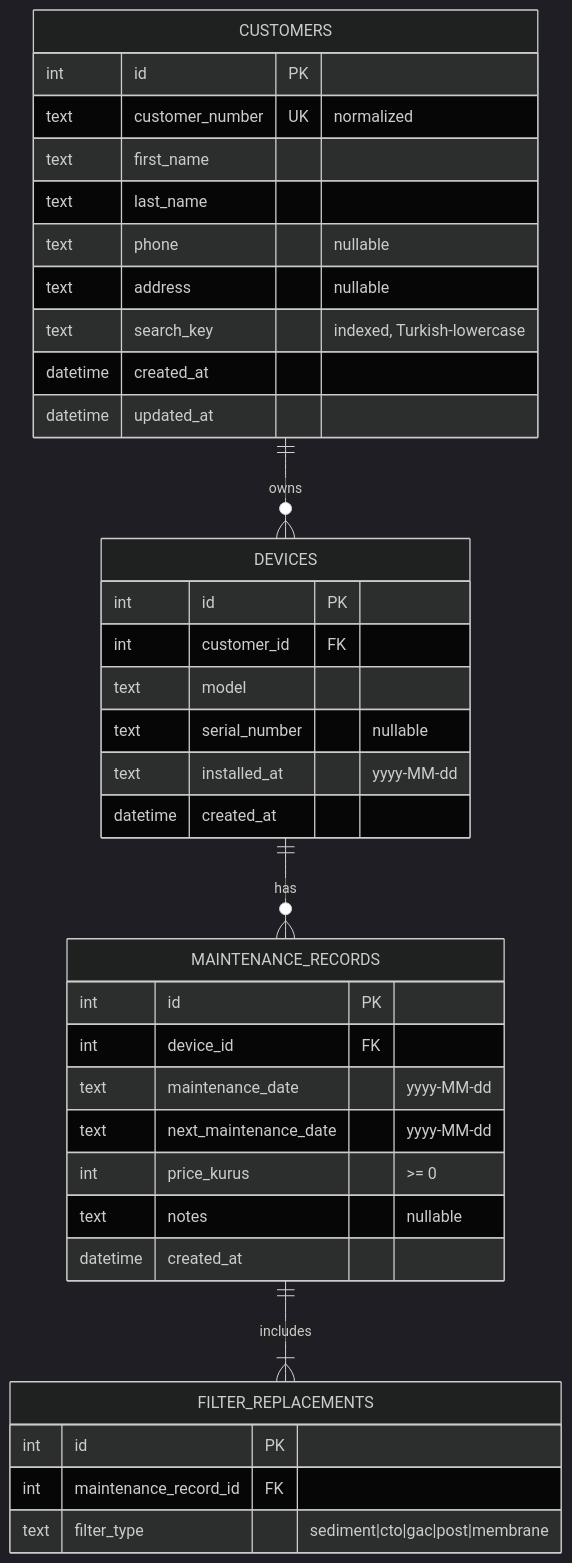
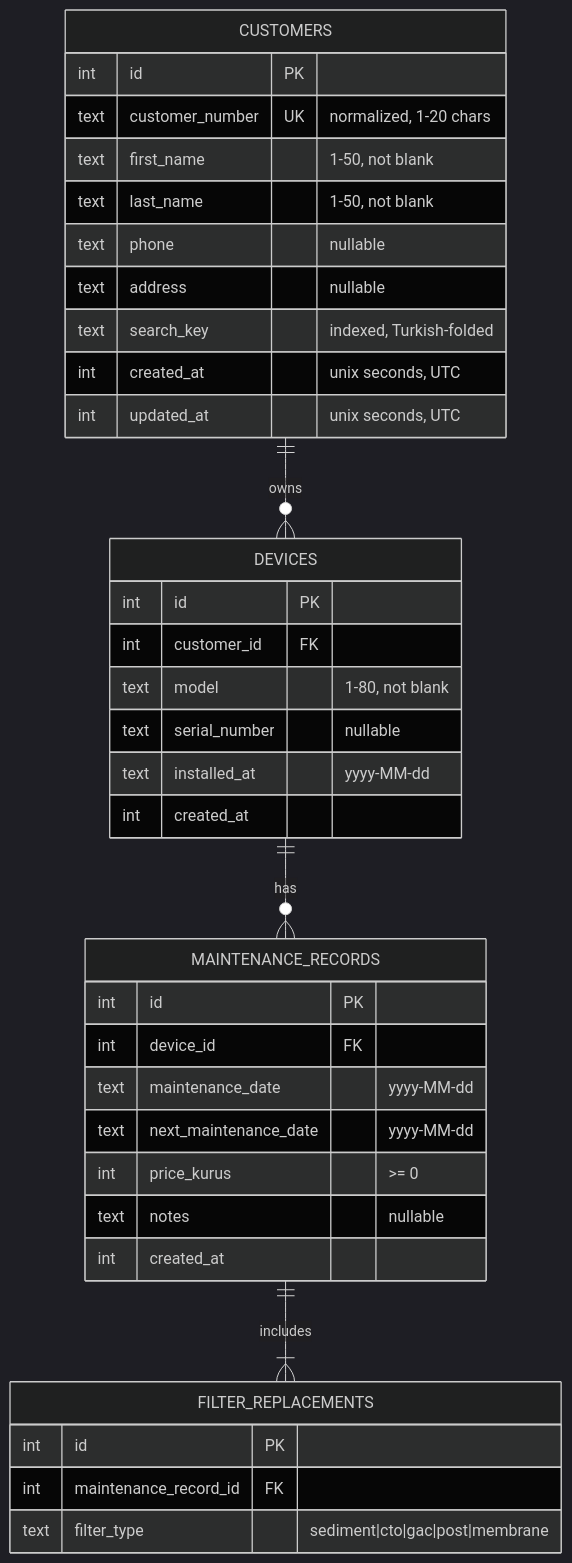
One commit to MazlumErk/field-service-tracker changed the diagram in docs/DATABASE.md. Above: the diagram before and after it, drawn with Mermaid (dark theme). The commit also changed other lines of this file and 68 other files, not shown here.

````diff
--- a/docs/DATABASE.md
+++ b/docs/DATABASE.md
@@ -8,40 +11,40 @@
 ```mermaid
 erDiagram
     CUSTOMERS ||--o{ DEVICES : owns
     DEVICES ||--o{ MAINTENANCE_RECORDS : has
     MAINTENANCE_RECORDS ||--|{ FILTER_REPLACEMENTS : includes
 
     CUSTOMERS {
         int id PK
-        text customer_number UK "normalized"
-        text first_name
-        text last_name
+        text customer_number UK "normalized, 1-20 chars"
+        text first_name "1-50, not blank"
+        text last_name "1-50, not blank"
         text phone "nullable"
         text address "nullable"
-        text search_key "indexed, Turkish-lowercase"
-        datetime created_at
-        datetime updated_at
+        text search_key "indexed, Turkish-folded"
+        int created_at "unix seconds, UTC"
+        int updated_at "unix seconds, UTC"
     }
     DEVICES {
         int id PK
         int customer_id FK
-        text model
+        text model "1-80, not blank"
         text serial_number "nullable"
         text installed_at "yyyy-MM-dd"
-        datetime created_at
+        int created_at
     }
     MAINTENANCE_RECORDS {
         int id PK
         int device_id FK
         text maintenance_date "yyyy-MM-dd"
         text next_maintenance_date "yyyy-MM-dd"
         int price_kurus ">= 0"
         text notes "nullable"
-        datetime created_at
+        int created_at
     }
     FILTER_REPLACEMENTS {
         int id PK
         int maintenance_record_id FK
         text filter_type "sediment|cto|gac|post|membrane"
     }
 ```
````
